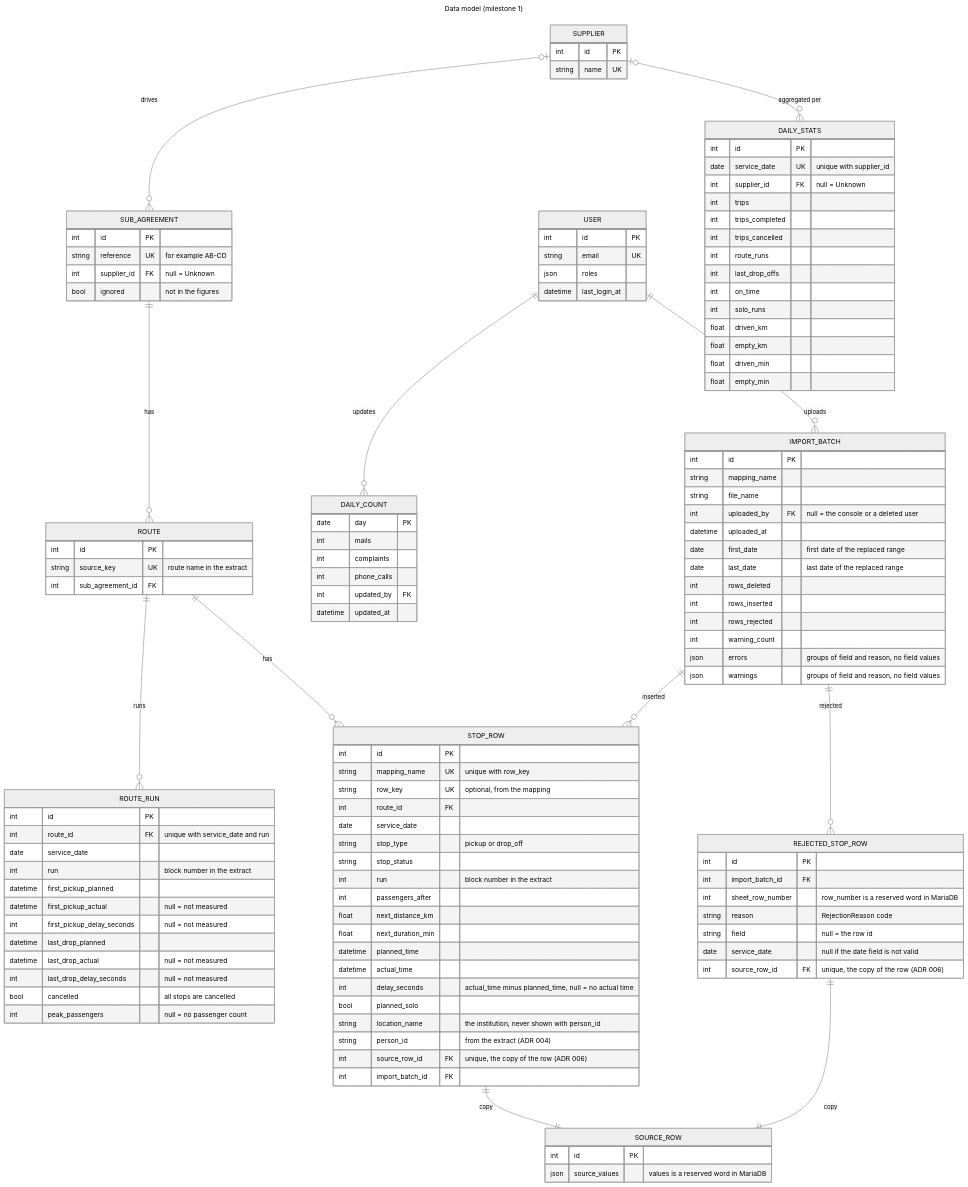
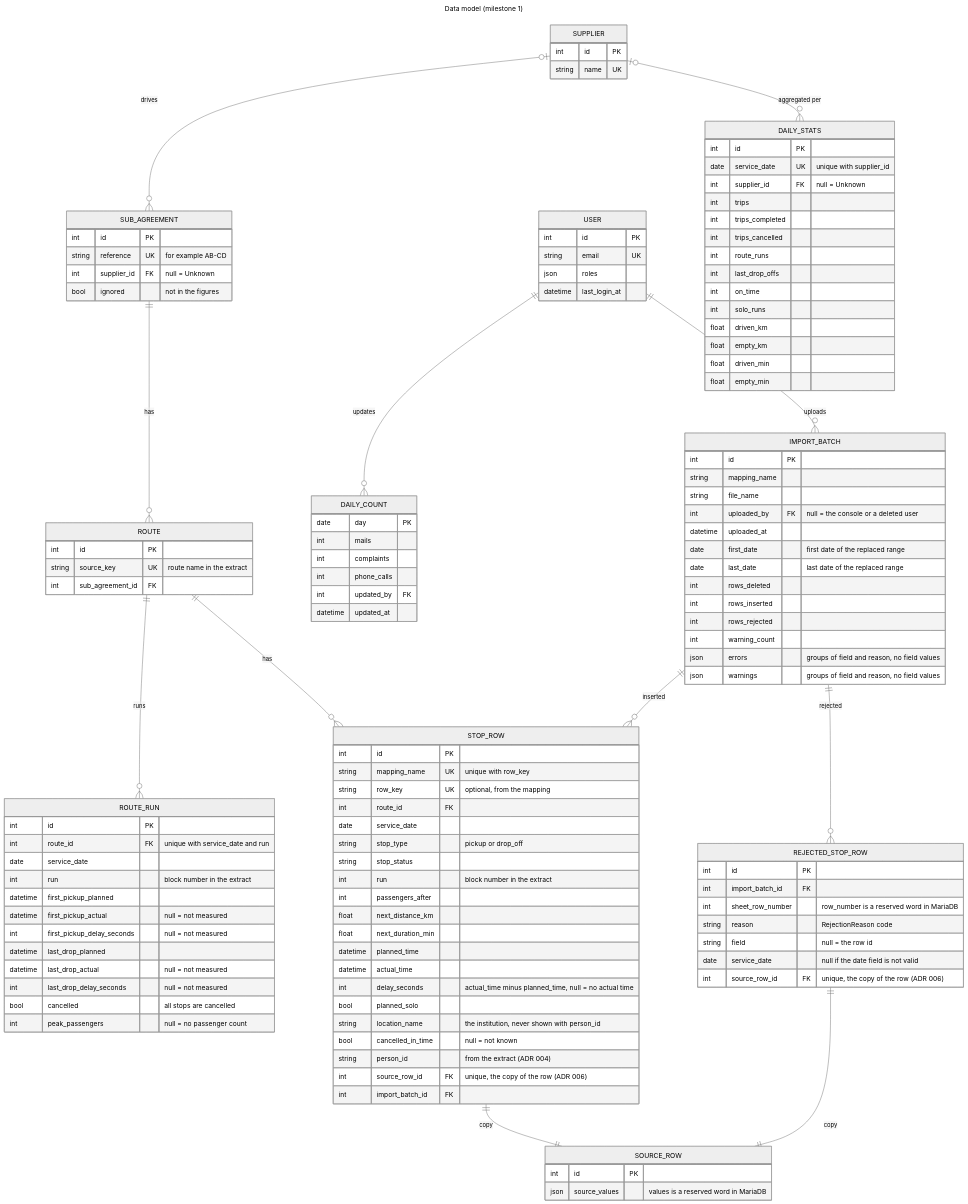
The fourth of 7 diagrams in docs/architecture.md (itk-dev/koerselsoverblik), drawn with Mermaid (neutral theme) before and after one commit. The commit also changed other lines of this file and 24 other files, not shown here.

```diff
--- a/docs/architecture.md
+++ b/docs/architecture.md
@@ -291,6 +291,7 @@
         int delay_seconds "actual_time minus planned_time, null = no actual time"
         bool planned_solo
         string location_name "the institution, never shown with person_id"
+        bool cancelled_in_time "null = not known"
         string person_id "from the extract (ADR 004)"
         int source_row_id FK "unique, the copy of the row (ADR 006)"
         int import_batch_id FK
```
